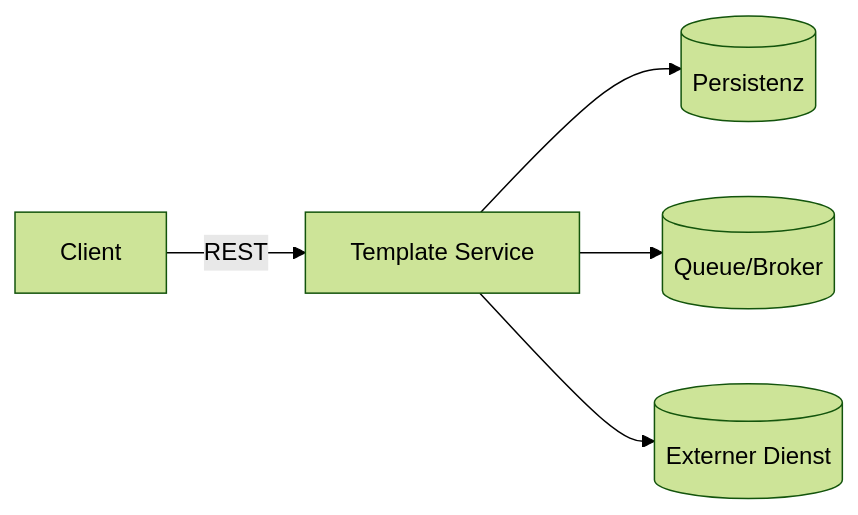
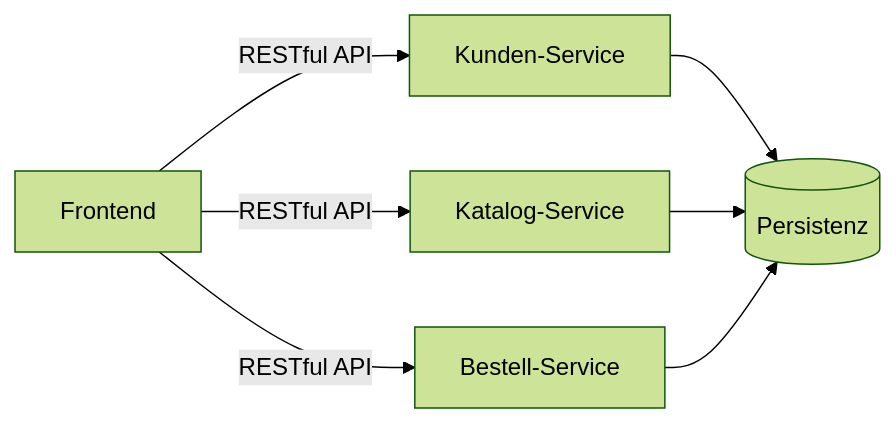
The diagram in README.md (FFatgithub/MicroserviceTemplate), drawn with Mermaid (forest theme) before and after one commit. The commit also changed other lines of this file, not shown here.

````diff
--- a/README.md
+++ b/README.md
@@ -65,7 +61,9 @@
 ```mermaid
 flowchart LR
-  Client -->|REST| API[Template Service]
+  Frontend -->|RESTful API| API[Kunden‑Service]
+  Frontend -->|RESTful API| API2[Katalog‑Service]
+  Frontend -->|RESTful API| API3[Bestell‑Service]
   API --> DB[(Persistenz)]
-  API --> MQ[(Queue/Broker)]
-  API --> Ext[(Externer Dienst)]
+  API2 --> DB[(Persistenz)]
+  API3 --> DB[(Persistenz)]
 ```
````
